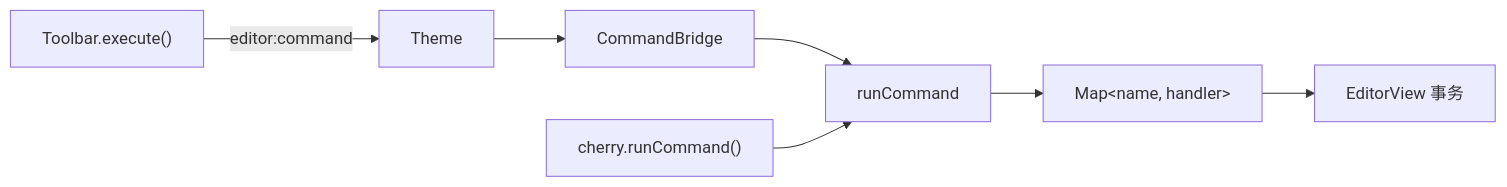
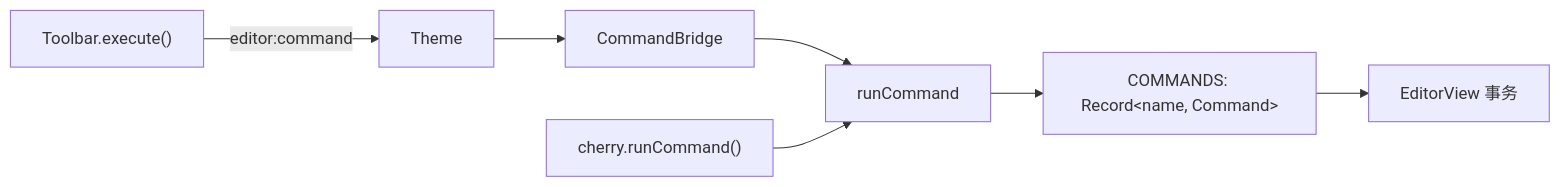
Before and after one commit to AnkioTomas/penna-markdown: the diagram in docs/design/commands-ui.md, drawn with Mermaid. The commit also changed other lines of this file and 27 other files, not shown here.

````diff
--- a/docs/design/commands-ui.md
+++ b/docs/design/commands-ui.md
@@ -16,9 +16,9 @@
 ```mermaid
 flowchart LR
   Toolbar["Toolbar.execute()"] -->|editor:command| Theme
   Theme --> CommandBridge
   CommandBridge --> runCommand
   Cherry["cherry.runCommand()"] --> runCommand
-  runCommand --> Registry["Map&lt;name, handler&gt;"]
-  Registry --> CM["EditorView 事务"]
+  runCommand --> COMMANDS["COMMANDS: Record&lt;name, Command&gt;"]
+  COMMANDS --> CM["EditorView 事务"]
 ```
````
